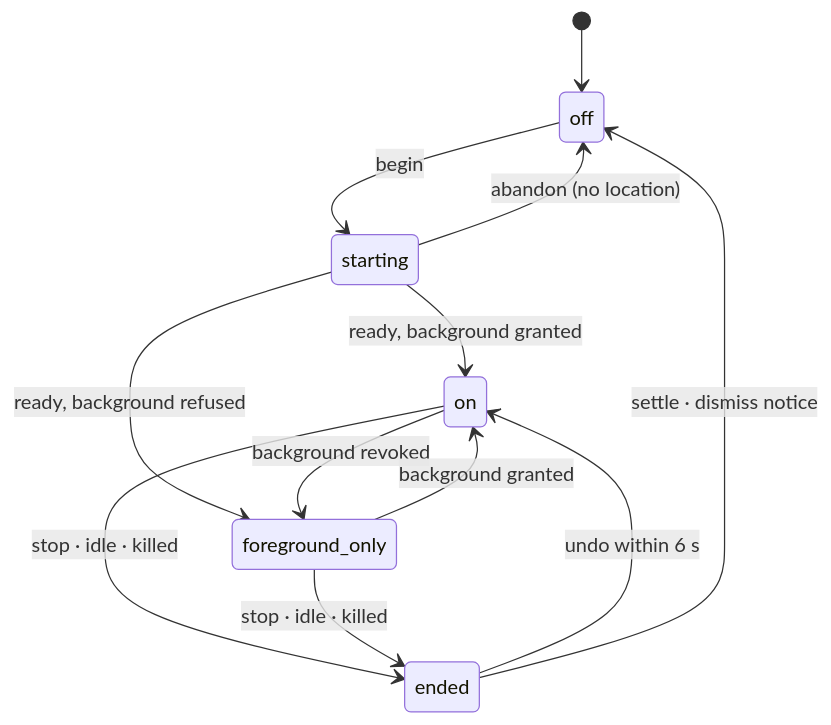
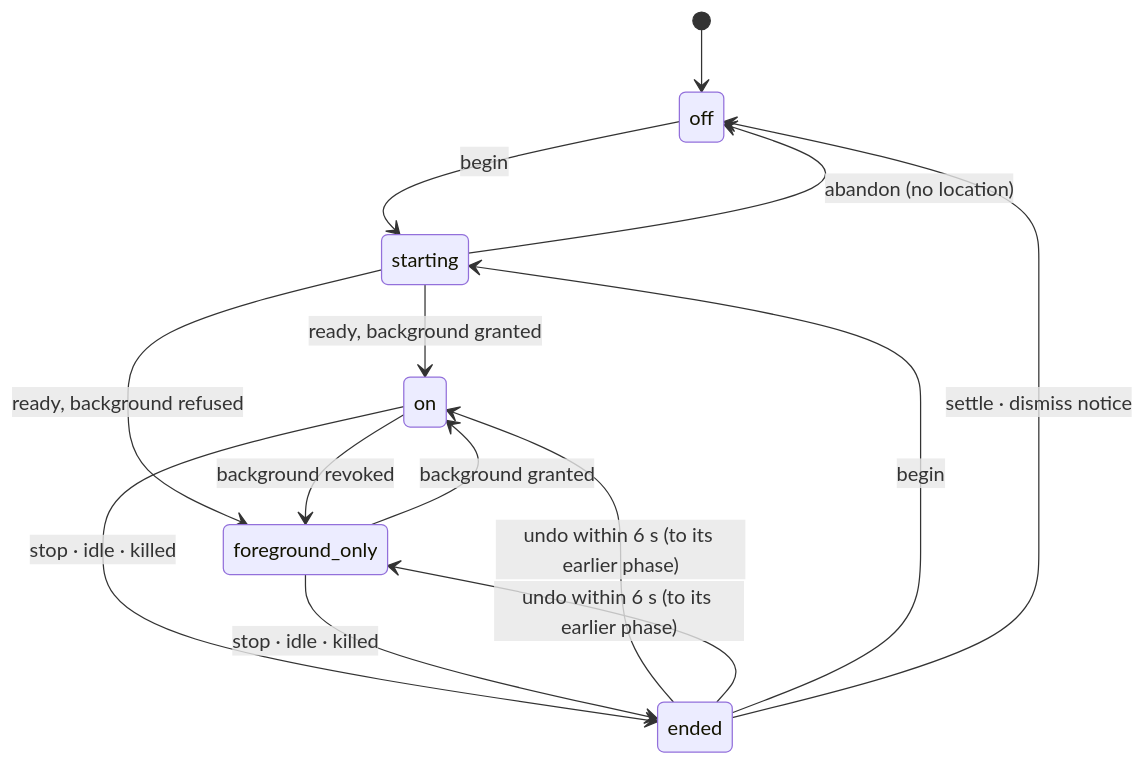
The second of 3 diagrams in docs/reference/flows/the-walk.md (dungtq2k5/wayfare), drawn with Mermaid before and after one commit. The commit also changed other lines of this file and 11 other files, not shown here.

````diff
--- a/docs/reference/flows/the-walk.md
+++ b/docs/reference/flows/the-walk.md
@@ -42,14 +42,16 @@
 ```mermaid
 stateDiagram-v2
   [*] --> off
   off --> starting: begin
   starting --> on: ready, background granted
   starting --> foreground_only: ready, background refused
   starting --> off: abandon (no location)
   on --> foreground_only: background revoked
   foreground_only --> on: background granted
   on --> ended: stop · idle · killed
   foreground_only --> ended: stop · idle · killed
-  ended --> on: undo within 6 s
+  ended --> on: undo within 6 s (to its earlier phase)
+  ended --> foreground_only: undo within 6 s (to its earlier phase)
+  ended --> starting: begin
   ended --> off: settle · dismiss notice
 ```
````
